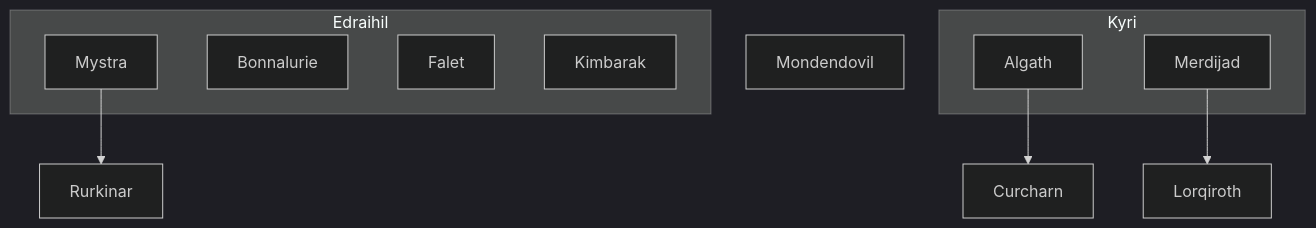
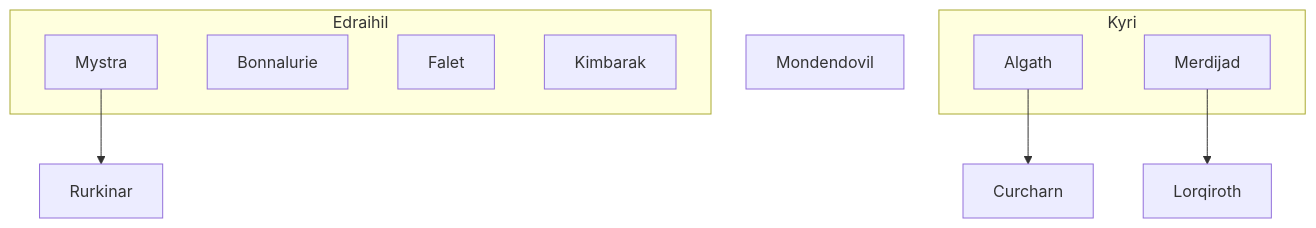
The diagram in campaign/context/religions.md (terra-campaigns/arrival), drawn with Mermaid before and after one commit. The commit also changed other lines of this file and 27 other files, not shown here.

````diff
--- a/campaign/context/religions.md
+++ b/campaign/context/religions.md
@@ -3,18 +12,18 @@
 ```mermaid
-%%{init: {'theme':'dark'}}%%
+%%{init: {'theme':'light'}}%%
 flowchart TD
 subgraph Edraihil
 	Mystra
 	Bonnalurie
 	Falet
 	Kimbarak
 end
 subgraph Kyri
 	Algath
 	Merdijad
 end
 	Mystra --> Rurkinar
 	Algath --> Curcharn
 	Merdijad --> Lorqiroth
 	Mondendovil
 ```
````
